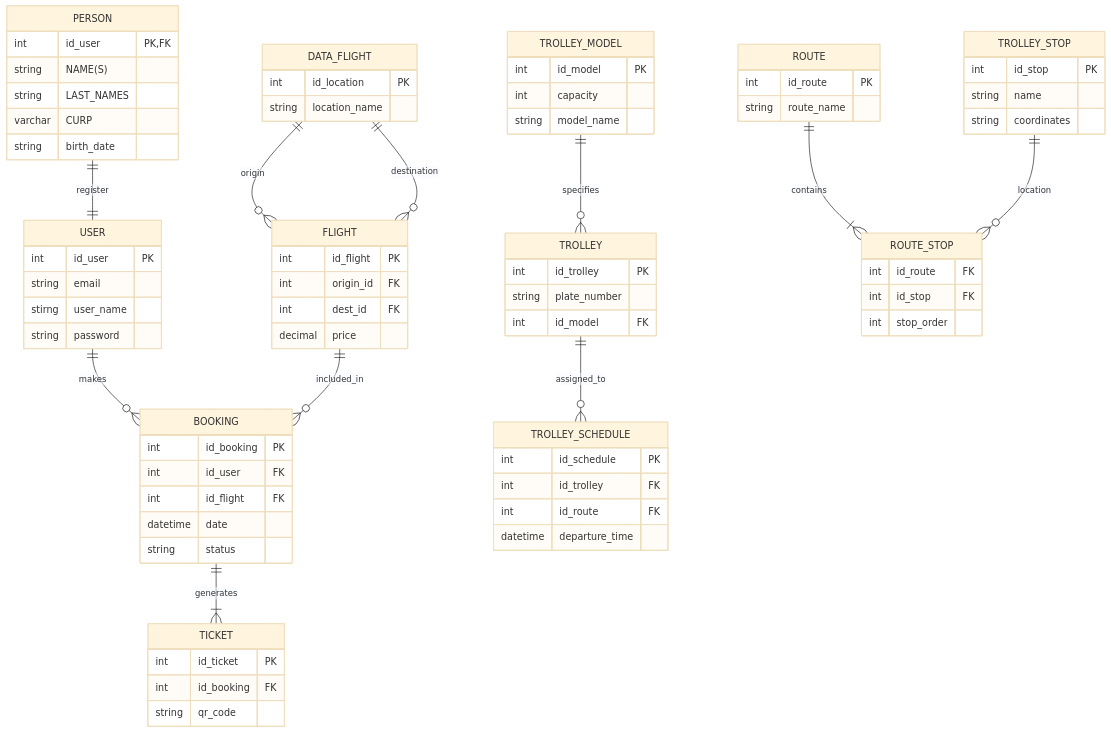
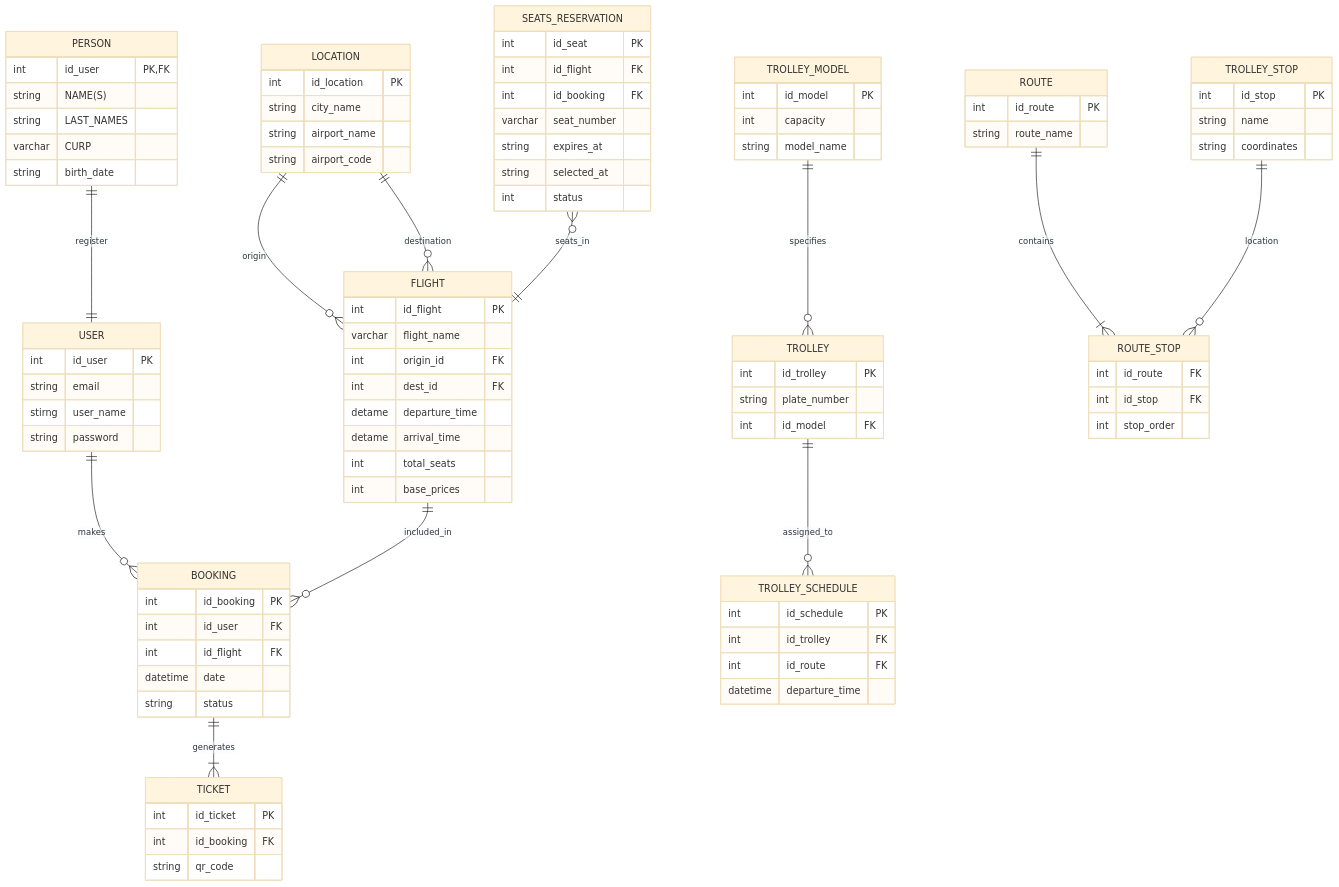
One commit to daniellopezcabrera/cbtis47-db-turismo-2026 changed the diagram in docs/normalization_report.mmd. Above: the diagram before and after it, drawn with Mermaid (base theme).

```diff
--- a/docs/normalization_report.mmd
+++ b/docs/normalization_report.mmd
@@ -1,98 +1,116 @@
 erDiagram
-
     USER ||--o{ BOOKING : makes
 
-
+%% A user can have many reservations
+%% Many reservation are of the user
     USER {
         int id_user PK
         string email
         stirng user_name
         string password
     }
-%% One PERSON  can have a one user
+%% One PERSON can have a one user
    PERSON ||--|| USER  : register
 
     PERSON{
         int id_user PK,FK
         string NAME(S)
         string LAST_NAMES
         varchar CURP
         string birth_date
             }
 
-   DATA_FLIGHT ||--o{ FLIGHT : origin
-    DATA_FLIGHT||--o{ FLIGHT : destination
+   LOCATION ||--o{ FLIGHT : origin
+    LOCATION||--o{ FLIGHT : destination
 
-    DATA_FLIGHT {
+    LOCATION {
         int id_location PK
-        string location_name
+        string  city_name
+        string  airport_name
+        string  airport_code
     }
-
+    
     FLIGHT ||--o{ BOOKING : included_in
-
+%%int origin_id FK --> location.id_location -- departure place
+ %%int origin_id FK --> location.id_location -- arrival place   
     FLIGHT {
         int id_flight PK
+        varchar flight_name
         int origin_id FK
         int dest_id FK
-        decimal price
+     detame departure_time
+     detame arrival_time
+     int total_seats
+     int base_prices
     }
-
+    
+    SEATS_RESERVATION }o--||FLIGHT:seats_in
+%% satus (confirmed, pending, expired, cancelled)
+SEATS_RESERVATION{
+     int id_seat PK
+     int id_flight FK
+     int id_booking FK
+     varchar seat_number
+     string expires_at
+     string selected_at
+     int status 
+}
     BOOKING ||--|{ TICKET : generates
 
     BOOKING {
         int id_booking PK
         int id_user FK
         int id_flight FK
         datetime date
         string status
     }
 
     TICKET {
         int id_ticket PK
         int id_booking FK
         string qr_code
     }
 
     TROLLEY_MODEL ||--o{ TROLLEY : specifies
 
     TROLLEY_MODEL {
         int id_model PK
         int capacity
         string model_name
     }
 
     TROLLEY ||--o{ TROLLEY_SCHEDULE : assigned_to
 
     TROLLEY {
         int id_trolley PK
         string plate_number
         int id_model FK
     }
 
     ROUTE ||--|{ ROUTE_STOP : contains
 
     ROUTE {
         int id_route PK
         string route_name
     }
 
     TROLLEY_STOP ||--o{ ROUTE_STOP : location
 
     TROLLEY_STOP {
         int id_stop PK
         string name
         string coordinates
     }
 
     ROUTE_STOP {
         int id_route FK
         int id_stop FK
         int stop_order
     }
 
     TROLLEY_SCHEDULE {
         int id_schedule PK
         int id_trolley FK
         int id_route FK
         datetime departure_time
     }
```
